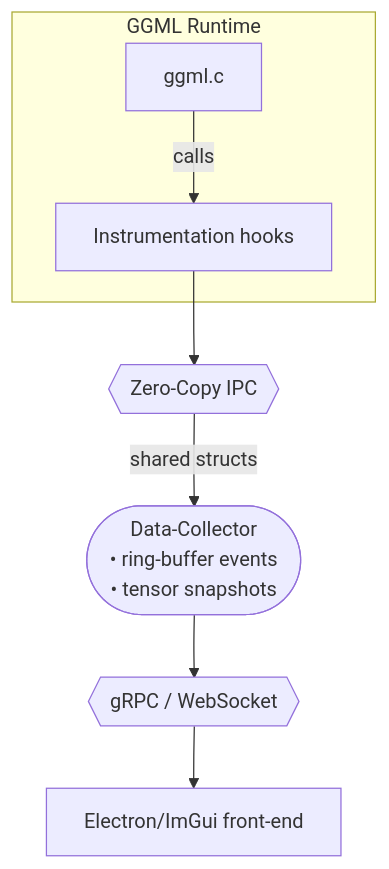
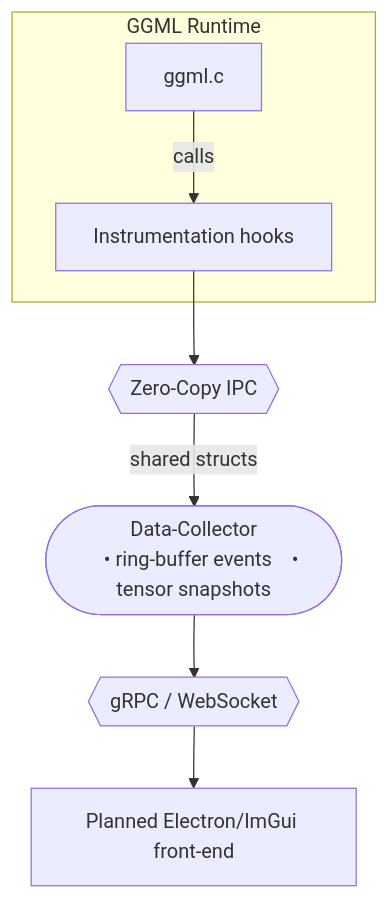
One commit to brodheadw/ggml-viz changed the diagram in README.md. Above: the diagram before and after it, drawn with Mermaid. The commit also changed other lines of this file and 35 other files, not shown here.

````diff
--- a/README.md
+++ b/README.md
@@ -99,13 +97,13 @@
 ```mermaid
 graph TD
   subgraph GGML Runtime
     GG[ggml.c] -->|calls| Hook[Instrumentation hooks]
   end
   Hook --> IPC{{Zero‑Copy IPC}}
   IPC -->|shared structs| ServerCore([
     Data‑Collector
-    • ring‑buffer events\n    • tensor snapshots
+    • ring-buffer events    • tensor snapshots
   ])
   ServerCore --> API{{gRPC / WebSocket}}
-  API --> UI[Electron/ImGui front‑end]
+  API --> UI[Planned Electron/ImGui front‑end ]
 ```
````
